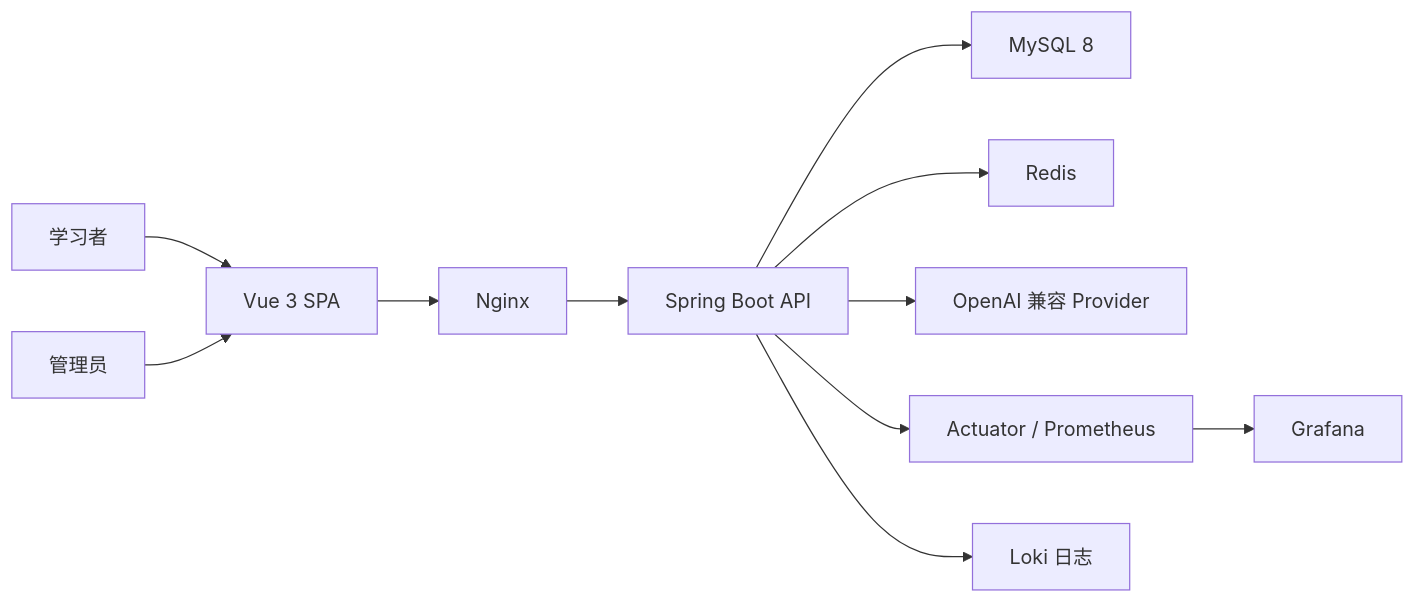
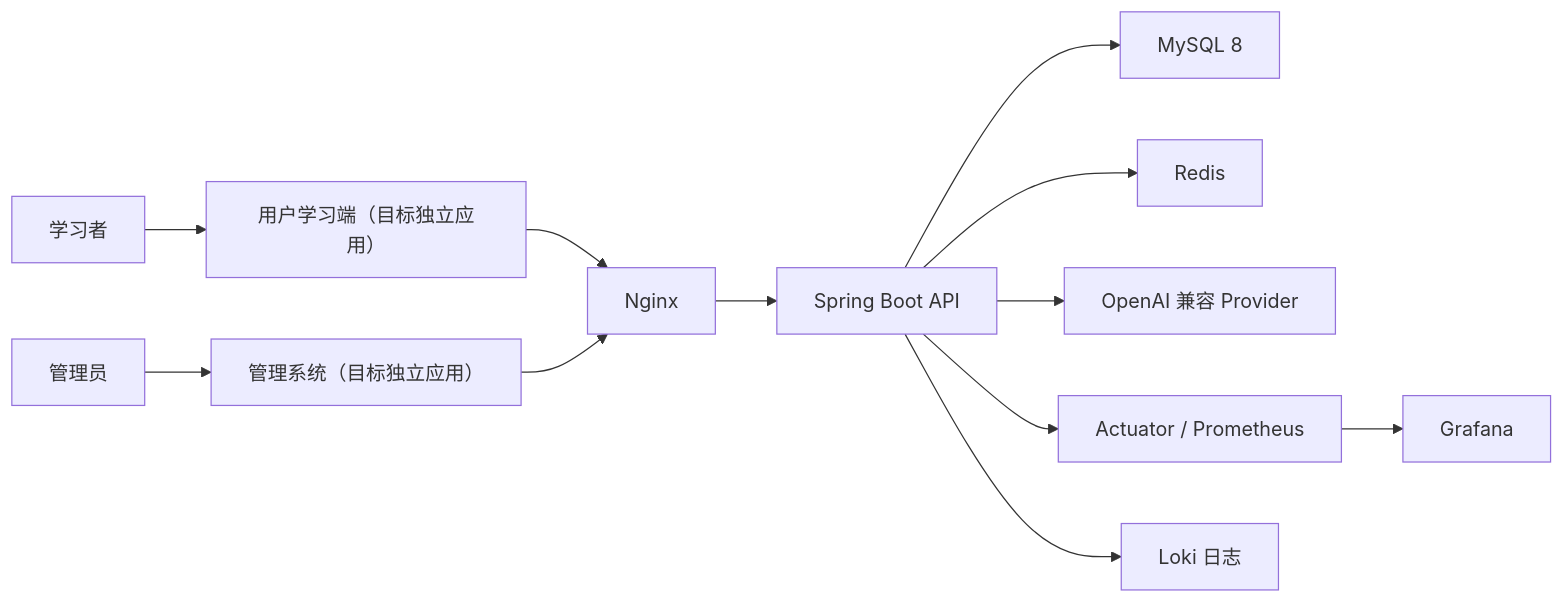
Before and after one commit to umico8832/LearnPlatform: the diagram in docs/architecture/overview.md, drawn with Mermaid. The commit also changed other lines of this file and 11 other files, not shown here.

````diff
--- a/docs/architecture/overview.md
+++ b/docs/architecture/overview.md
@@ -7,13 +12,14 @@
 ```mermaid
 flowchart LR
-    User["学习者"] --> Web["Vue 3 SPA"]
-    Admin["管理员"] --> Web
-    Web --> Nginx["Nginx"]
+    User["学习者"] --> Learner["用户学习端（目标独立应用）"]
+    Admin["管理员"] --> AdminWeb["管理系统（目标独立应用）"]
+    Learner --> Nginx["Nginx"]
+    AdminWeb --> Nginx
     Nginx --> API["Spring Boot API"]
     API --> MySQL["MySQL 8"]
     API --> Redis["Redis"]
     API --> Provider["OpenAI 兼容 Provider"]
     API --> Metrics["Actuator / Prometheus"]
     Metrics --> Grafana["Grafana"]
     API --> Loki["Loki 日志"]
 ```
````
